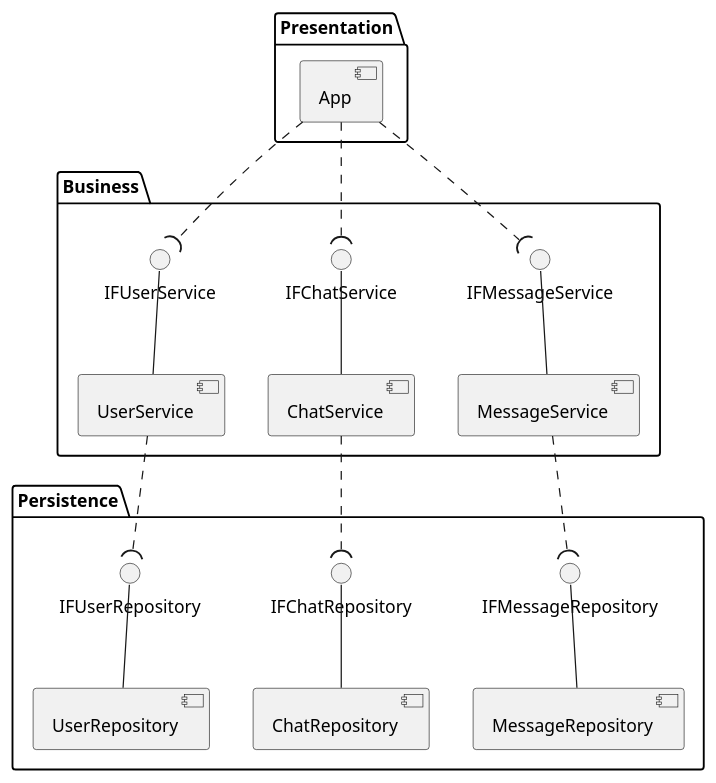
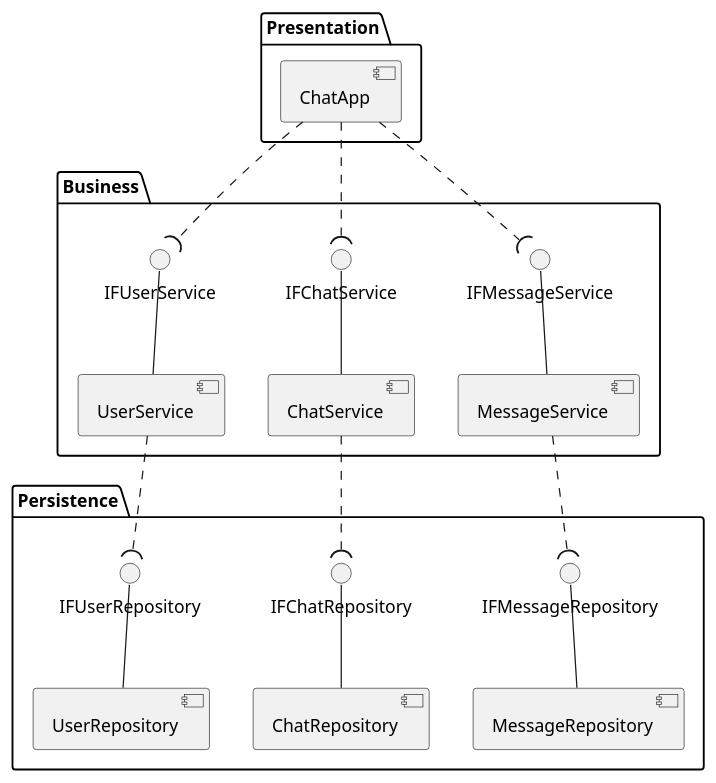
The diagram in src/doc/uml-component.puml (bbenno/oth-sw), drawn with PlantUML before and after one commit.

Commit message:
Rename App -> ChatApp

```diff
--- a/src/doc/uml-component.puml
+++ b/src/doc/uml-component.puml
@@ -1,31 +1,31 @@
 @startuml chat-component
 skinparam monochrome true
 ' Presentation Layer
 package "Presentation" {
-    [App]
+    [ChatApp]
 }
 
 ' Busines (Logic) Layer
 package "Business" {
     [UserService] -up- IFUserService
     [ChatService] -up- IFChatService
     [MessageService] -up- IFMessageService
 }
 
 ' Persistence Layer
 package "Persistence" {
     [UserRepository] -up- IFUserRepository
     [ChatRepository] -up- IFChatRepository
     [MessageRepository] -up- IFMessageRepository
 }
 
 ' Connect presentation layer to busines layer
-[App] .down.( IFUserService
-[App] .down.( IFChatService
-[App] .down.( IFMessageService
+[ChatApp] .down.( IFUserService
+[ChatApp] .down.( IFChatService
+[ChatApp] .down.( IFMessageService
 
 ' Connect business layer to persistence layer
 [UserService] .down.( IFUserRepository
 [ChatService] .down.( IFChatRepository
 [MessageService] .down.( IFMessageRepository
 @enduml
```
